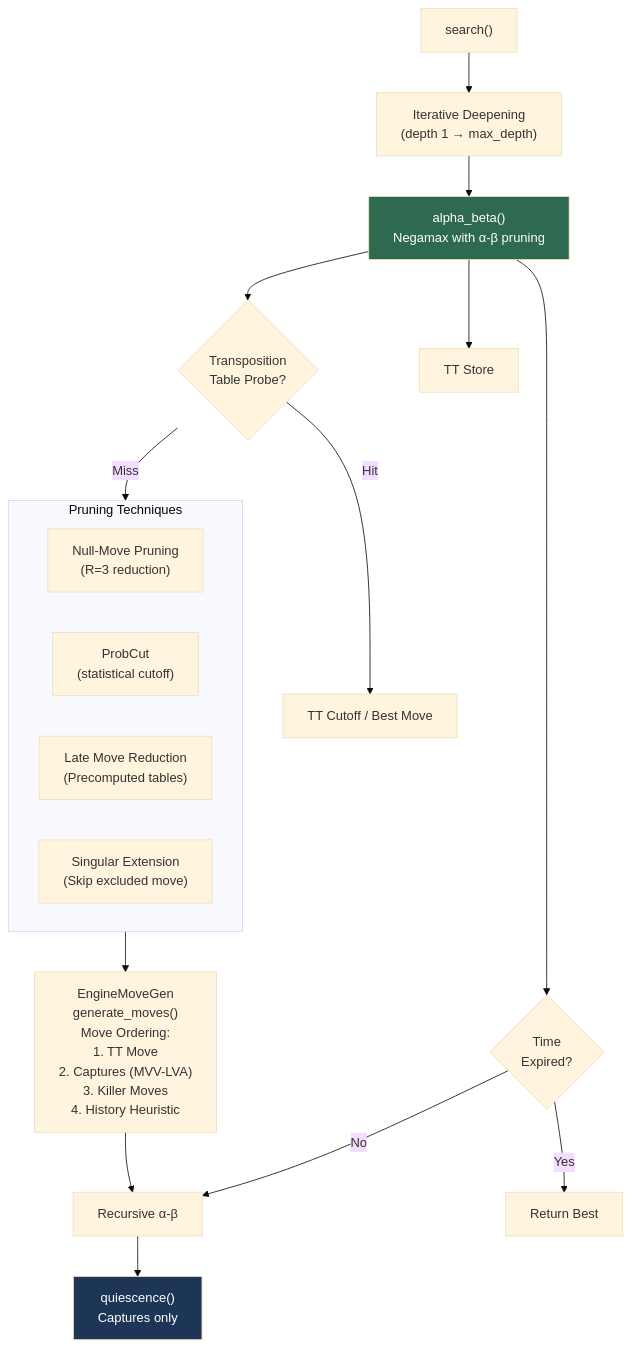
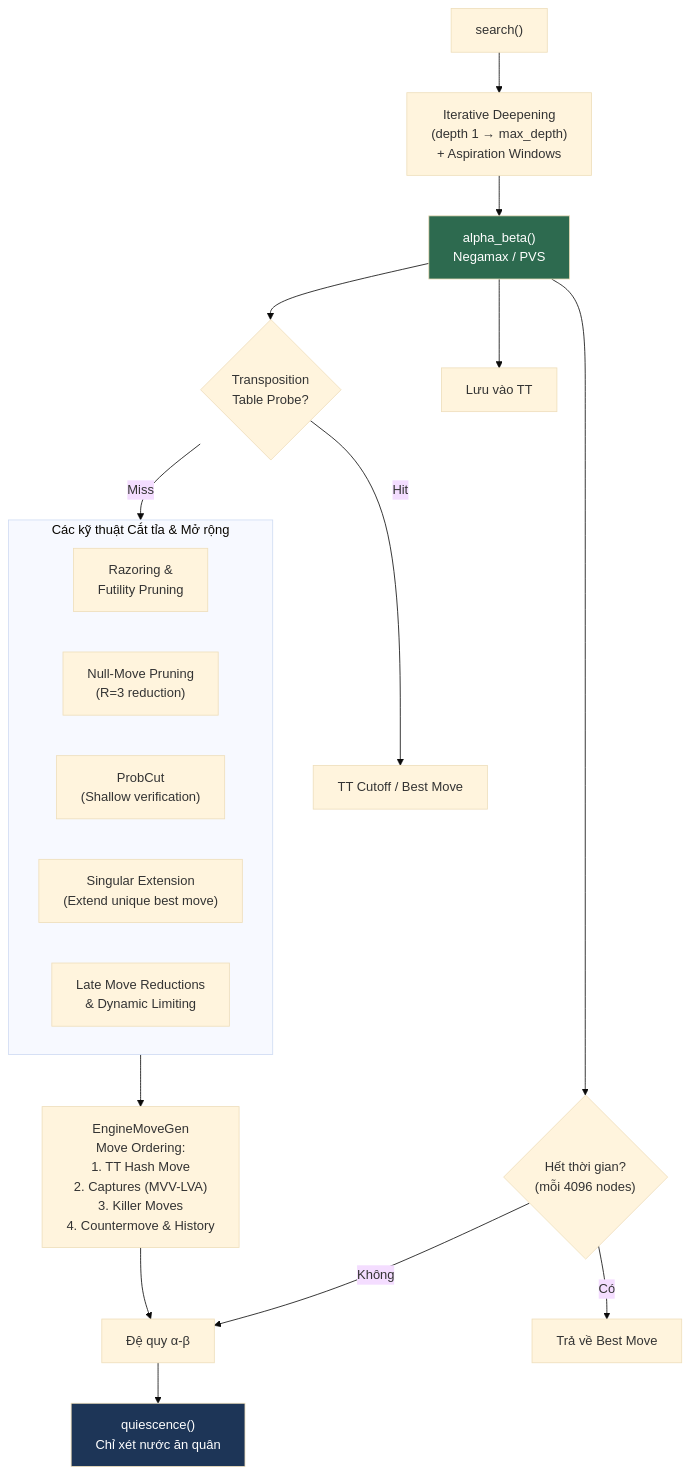
Before and after one commit to thichuong/GameCoTuong: the third of 4 diagrams in ARCHITECTURE.md, drawn with Mermaid (base theme). The commit also changed other lines of this file and 7 other files, not shown here.

````diff
--- a/ARCHITECTURE.md
+++ b/ARCHITECTURE.md
@@ -124,29 +170,30 @@
 ```mermaid
 flowchart TD
-    Start["search()"] --> ID["Iterative Deepening<br/>(depth 1 → max_depth)"]
-    ID --> AB["alpha_beta()<br/>Negamax with α-β pruning"]
+    Start["search()"] --> ID["Iterative Deepening<br/>(depth 1 → max_depth)<br/>+ Aspiration Windows"]
+    ID --> AB["alpha_beta()<br/>Negamax / PVS"]
 
     AB --> TT{"Transposition<br/>Table Probe?"}
     TT -->|Hit| TTCut["TT Cutoff / Best Move"]
     TT -->|Miss| Pruning
 
-    subgraph Pruning["Pruning Techniques"]
+    subgraph Pruning["Các kỹ thuật Cắt tỉa & Mở rộng"]
+        RZ["Razoring &<br/>Futility Pruning"]
         NMP["Null-Move Pruning<br/>(R=3 reduction)"]
-        PC["ProbCut<br/>(statistical cutoff)"]
-        LMR["Late Move Reduction<br/>(Precomputed tables)"]
-        SE["Singular Extension<br/>(Skip excluded move)"]
+        PC["ProbCut<br/>(Shallow verification)"]
+        SE["Singular Extension<br/>(Extend unique best move)"]
+        LMR["Late Move Reductions<br/>& Dynamic Limiting"]
     end
 
-    Pruning --> MoveGen["EngineMoveGen<br/>generate_moves()<br/>Move Ordering:<br/>1. TT Move<br/>2. Captures (MVV-LVA)<br/>3. Killer Moves<br/>4. History Heuristic"]
+    Pruning --> MoveGen["EngineMoveGen<br/>Move Ordering:<br/>1. TT Hash Move<br/>2. Captures (MVV-LVA)<br/>3. Killer Moves<br/>4. Countermove & History"]
 
-    MoveGen --> Recurse["Recursive α-β"]
-    Recurse --> QS["quiescence()<br/>Captures only"]
+    MoveGen --> Recurse["Đệ quy α-β"]
+    Recurse --> QS["quiescence()<br/>Chỉ xét nước ăn quân"]
 
-    AB --> Store["TT Store"]
-    AB --> TimeCheck{"Time<br/>Expired?"}
-    TimeCheck -->|Yes| Return["Return Best"]
-    TimeCheck -->|No| Recurse
+    AB --> Store["Lưu vào TT"]
+    AB --> TimeCheck{"Hết thời gian?<br/>(mỗi 4096 nodes)"}
+    TimeCheck -->|Có| Return["Trả về Best Move"]
+    TimeCheck -->|Không| Recurse
 
     style AB fill:#2d6a4f,color:#fff
     style QS fill:#1d3557,color:#fff
 ```
````
